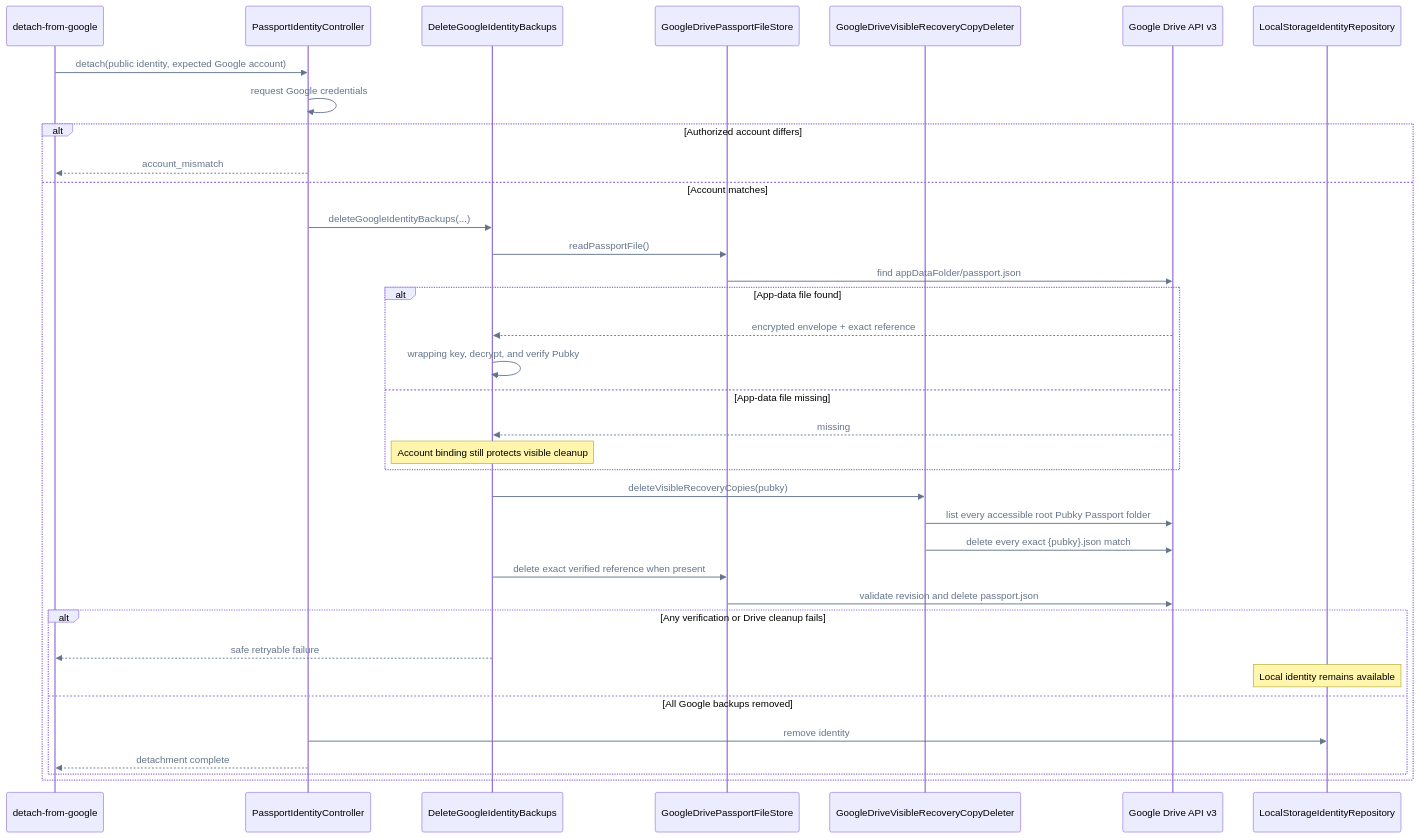
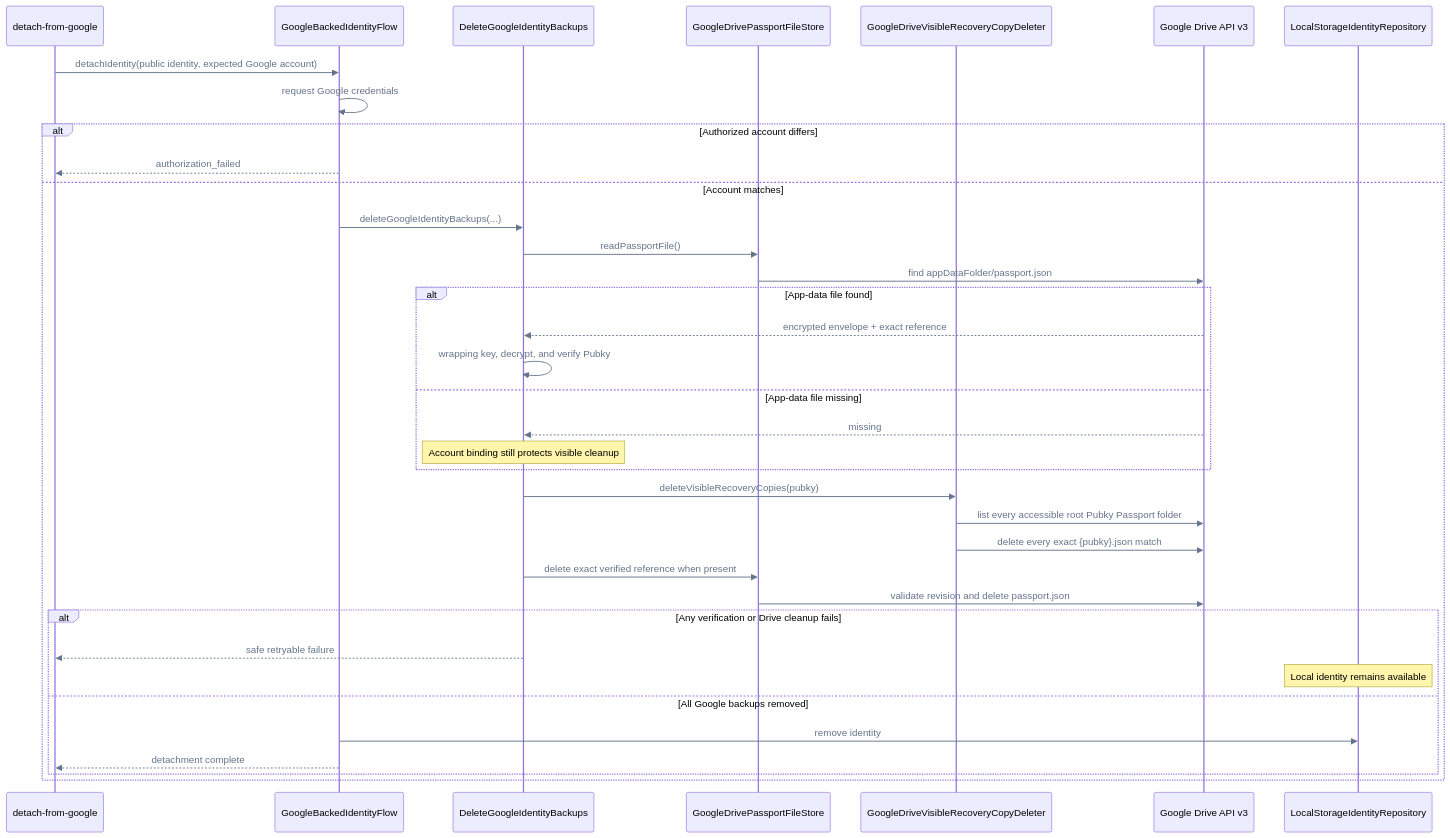
Diagram 12 of 14 in FLOWS.md (pubky/pubky-passport), drawn with Mermaid before and after one commit. The commit also changed other lines of this file and 34 other files, not shown here.

Commit message:
refactor: simplify passPortIdentityController

````diff
--- a/FLOWS.md
+++ b/FLOWS.md
@@ -641,42 +643,42 @@
 ```mermaid
 %%{init: {"themeVariables": {"signalColor": "#64748B", "signalTextColor": "#64748B"}}}%%
 sequenceDiagram
     accTitle: Detach a Pubky identity from Google
     accDescr: Passport verifies the account and identity, deletes every Google backup, and clears the local identity last.
     participant UI as detach-from-google
-    participant Controller as PassportIdentityController
+    participant GoogleFlow as GoogleBackedIdentityFlow
     participant Delete as DeleteGoogleIdentityBackups
     participant AppData as GoogleDrivePassportFileStore
     participant Visible as GoogleDriveVisibleRecoveryCopyDeleter
     participant Drive as Google Drive API v3
     participant Local as LocalStorageIdentityRepository
 
-    UI->>Controller: detach(public identity, expected Google account)
-    Controller->>Controller: request Google credentials
+    UI->>GoogleFlow: detachIdentity(public identity, expected Google account)
+    GoogleFlow->>GoogleFlow: request Google credentials
     alt Authorized account differs
-        Controller-->>UI: account_mismatch
+        GoogleFlow-->>UI: authorization_failed
     else Account matches
-        Controller->>Delete: deleteGoogleIdentityBackups(...)
+        GoogleFlow->>Delete: deleteGoogleIdentityBackups(...)
         Delete->>AppData: readPassportFile()
         AppData->>Drive: find appDataFolder/passport.json
         alt App-data file found
             Drive-->>Delete: encrypted envelope + exact reference
             Delete->>Delete: wrapping key, decrypt, and verify Pubky
         else App-data file missing
             Drive-->>Delete: missing
             Note over Delete: Account binding still protects visible cleanup
         end
         Delete->>Visible: deleteVisibleRecoveryCopies(pubky)
         Visible->>Drive: list every accessible root Pubky Passport folder
         Visible->>Drive: delete every exact {pubky}.json match
         Delete->>AppData: delete exact verified reference when present
         AppData->>Drive: validate revision and delete passport.json
         alt Any verification or Drive cleanup fails
             Delete-->>UI: safe retryable failure
             Note over Local: Local identity remains available
         else All Google backups removed
-            Controller->>Local: remove identity
-            Controller-->>UI: detachment complete
+            GoogleFlow->>Local: remove identity
+            GoogleFlow-->>UI: detachment complete
         end
     end
 ```
````
